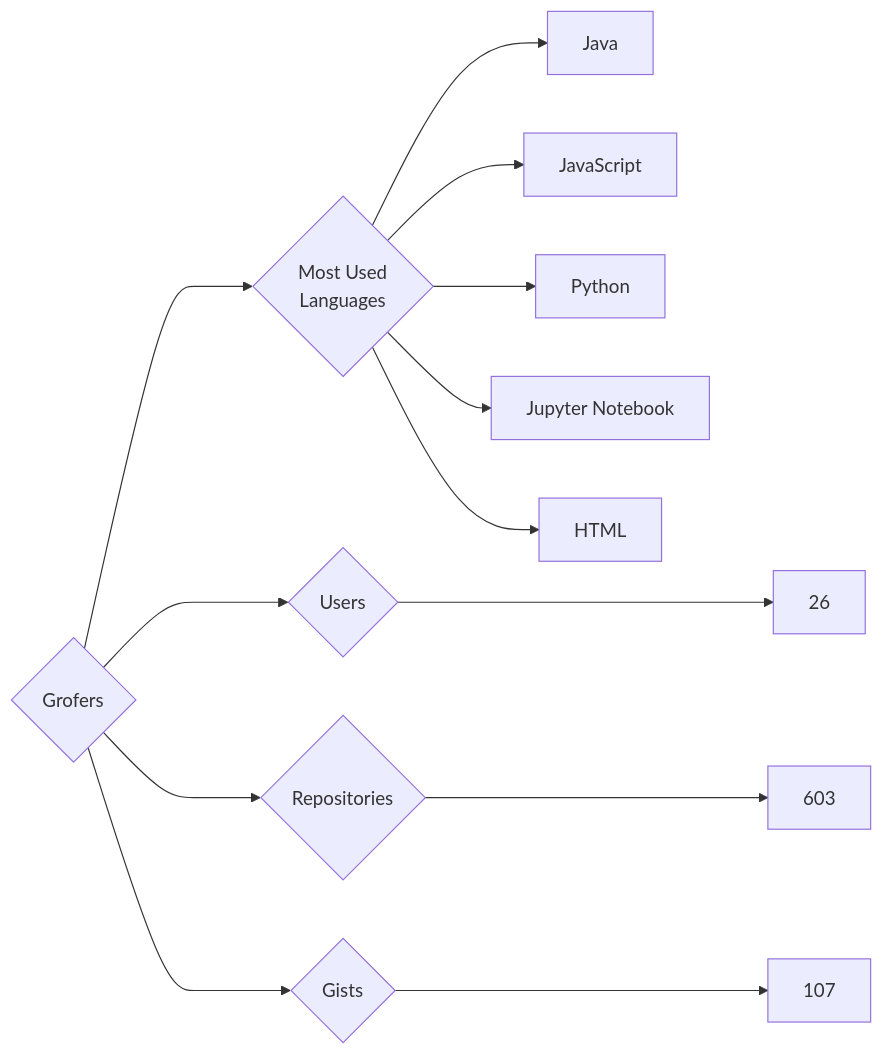
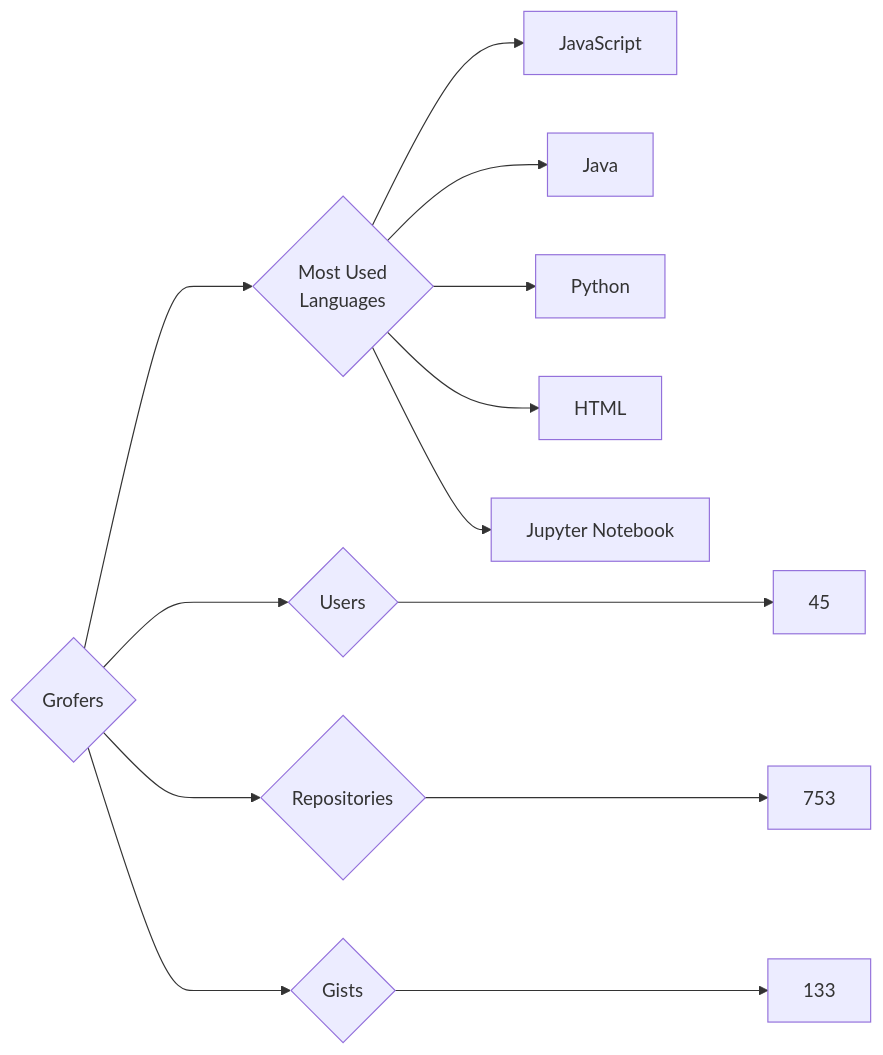
The diagram in targets/Grofers/README.md (trickest/insiders), drawn with Mermaid before and after one commit. The commit also changed 749 other files, not shown here.

````diff
--- a/targets/Grofers/README.md
+++ b/targets/Grofers/README.md
@@ -3,13 +3,13 @@
 ```mermaid
 graph LR
 COMPANY_NAME{Grofers}
-COMPANY_NAME ---> U{Users} ---> UN[26]
-COMPANY_NAME ---> R{Repositories} ---> RN[603]
-COMPANY_NAME ---> G{Gists} ---> GN[107]
+COMPANY_NAME ---> U{Users} ---> UN[45]
+COMPANY_NAME ---> R{Repositories} ---> RN[753]
+COMPANY_NAME ---> G{Gists} ---> GN[133]
 COMPANY_NAME ---> ML{Most Used<br>Languages}
+ML --> JavaScript[JavaScript]
 ML --> Java[Java]
-ML --> JavaScript[JavaScript]
 ML --> Python[Python]
+ML --> HTML[HTML]
 ML --> Jupyter_Notebook[Jupyter Notebook]
-ML --> HTML[HTML]
 ```
````
